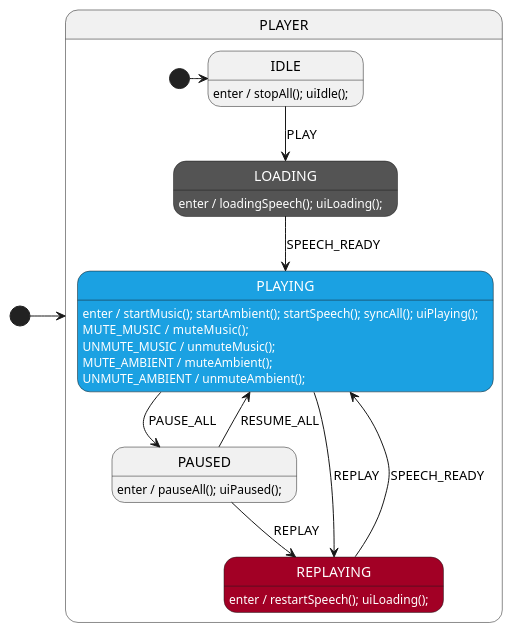
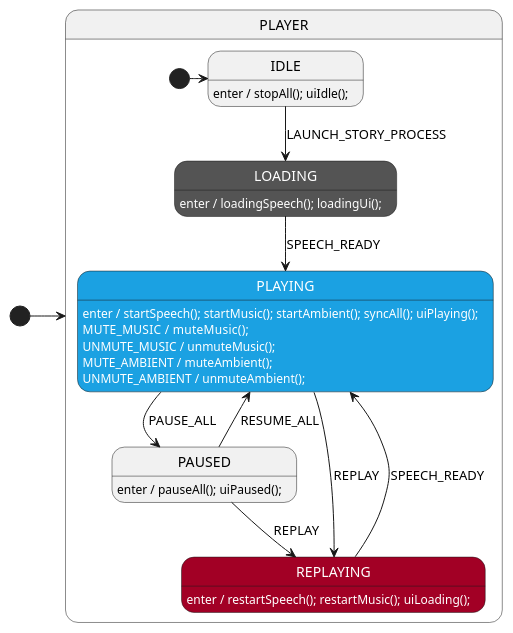
The diagram in static/js/state_2.plantuml (grannygoestoheaven/teller), drawn with PlantUML before and after one commit. The commit also changed 12 other files, not shown here.

Commit message:
getting used to uml approach to state machine

```diff
--- a/static/js/state_2.plantuml
+++ b/static/js/state_2.plantuml
@@ -1,62 +1,62 @@
 @startuml AudioSm
 ' Single line comments (like this) start with a single quote.
 ' The name of the state machine is specified above.
 
 '############################ styles ############################
 skinparam state {
     BackgroundColor<<red>> a20025
     FontColor<<red>> white
     BackgroundColor<<blue>> 1ba1e2
     FontColor<<blue>> white
     BackgroundColor<<dark>> 545454
     FontColor<<dark>> white
 }
 
 '############################ state organization ############################
 ' Top-level initial transition.
 [*] -> PLAYER
 
 ' Composite state for the audio player lifecycle.
 state PLAYER {
     ' Initial substate of PLAYER.
     [*] -> IDLE
 
     state IDLE
     state LOADING <<dark>>
     state PLAYING <<blue>>
     state PAUSED
     state REPLAYING <<red>>
 
     '############################ handlers ############################
     IDLE: enter / stopAll(); uiIdle();
 
     ' Start flow: begin music first, then move on when ready.
-    IDLE --> LOADING: PLAY
-    LOADING: enter / loadingSpeech(); uiLoading();
+    IDLE --> LOADING: LAUNCH_STORY_PROCESS
+    LOADING: enter / loadingSpeech(); loadingUi();
     LOADING --> PLAYING: SPEECH_READY
 
     ' While playing, start speech, ambient, and sync all.
-    PLAYING: enter / startMusic(); startAmbient(); startSpeech(); syncAll(); uiPlaying();
+    PLAYING: enter / startSpeech(); startMusic(); startAmbient(); syncAll(); uiPlaying();
     PLAYING --> PAUSED: PAUSE_ALL
     PLAYING --> REPLAYING: REPLAY
 
     ' Soft controls while playing.
     PLAYING : MUTE_MUSIC   / muteMusic();
     PLAYING : UNMUTE_MUSIC / unmuteMusic();
     PLAYING : MUTE_AMBIENT / muteAmbient();
     PLAYING : UNMUTE_AMBIENT / unmuteAmbient();
 
     PAUSED: enter / pauseAll(); uiPaused();
     PAUSED --> PLAYING: RESUME_ALL
     PAUSED --> REPLAYING: REPLAY
 
-    REPLAYING: enter / restartSpeech(); uiLoading();
+    REPLAYING: enter / restartSpeech(); restartMusic(); uiLoading();
     REPLAYING --> PLAYING: SPEECH_READY
 }
 
 '######################## StateSmith config ########################
 /'! $CONFIG : toml
 SmRunnerSettings.transpilerId = "JavaScript"
 '/
 
 @enduml
```
